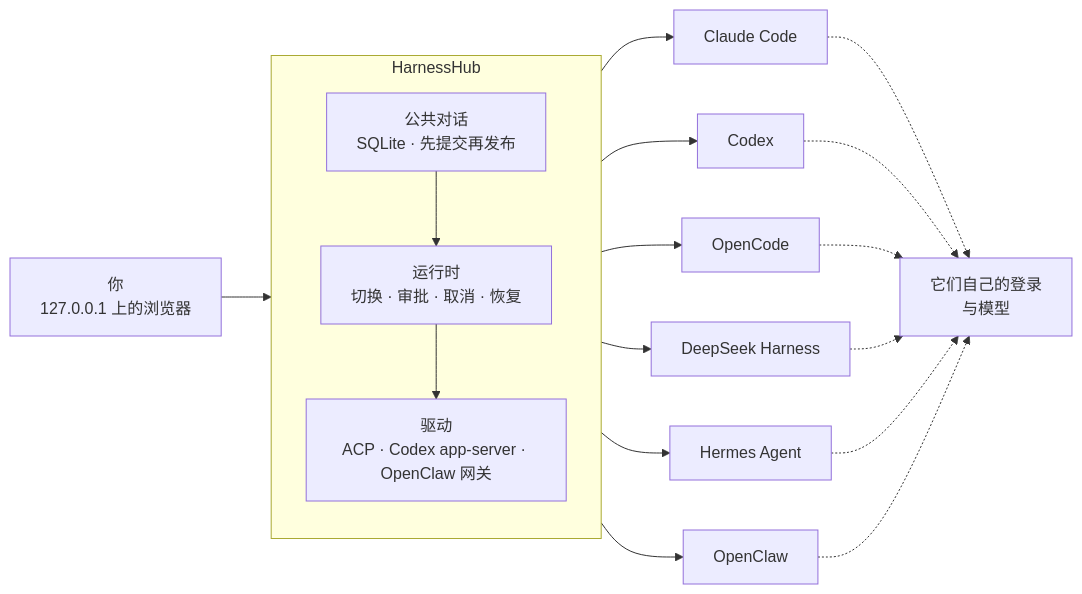
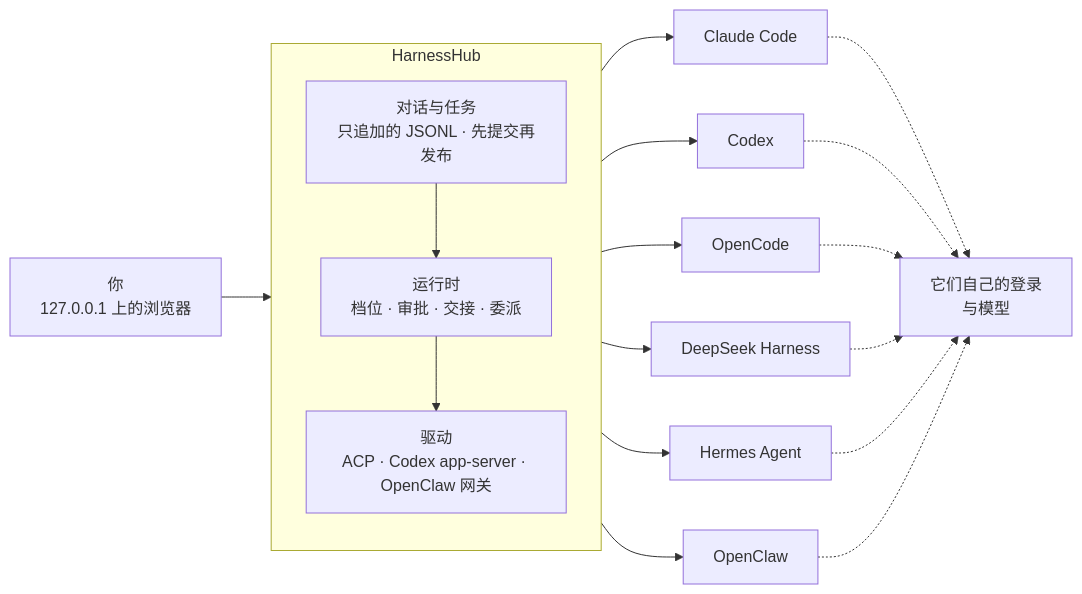
The diagram in README.zh-CN.md (wyzz973/HarnessHub), drawn with Mermaid before and after one commit. The commit also changed other lines of this file and 7 other files, not shown here.

````diff
--- a/README.zh-CN.md
+++ b/README.zh-CN.md
@@ -84,16 +98,16 @@
 ```mermaid
 flowchart LR
     You["你<br/>127.0.0.1 上的浏览器"] --> Hub
 
     subgraph Hub["HarnessHub"]
         direction TB
-        S["公共对话<br/>SQLite · 先提交再发布"]
-        R["运行时<br/>切换 · 审批 · 取消 · 恢复"]
+        S["对话与任务<br/>只追加的 JSONL · 先提交再发布"]
+        R["运行时<br/>档位 · 审批 · 交接 · 委派"]
         D["驱动<br/>ACP · Codex app-server · OpenClaw 网关"]
         S --> R --> D
     end
 
     D --> CC["Claude Code"] & CX["Codex"] & OC["OpenCode"] & DS["DeepSeek Harness"] & HE["Hermes Agent"] & CL["OpenClaw"]
 
     CC & CX & OC & DS & HE & CL -.-> M["它们自己的登录<br/>与模型"]
 ```
````
